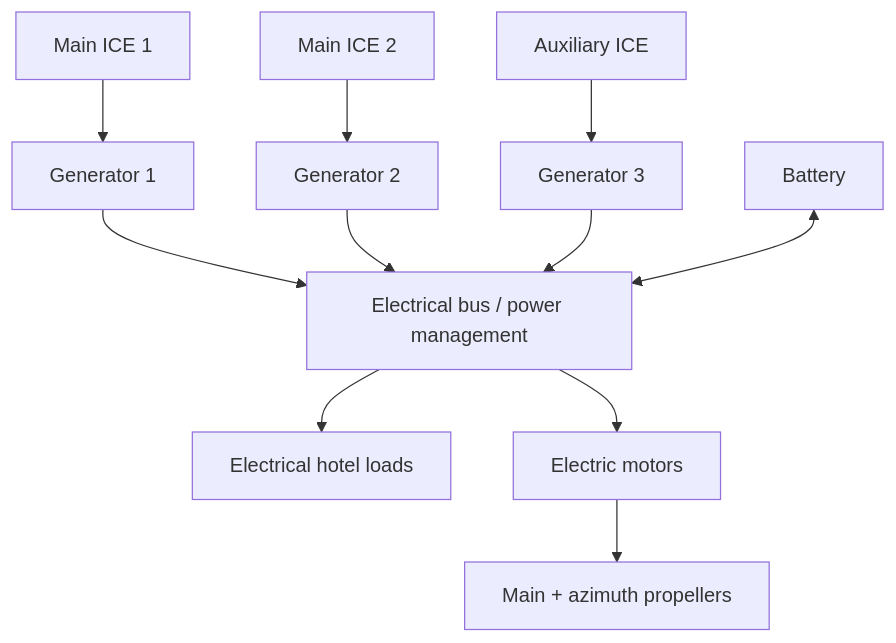
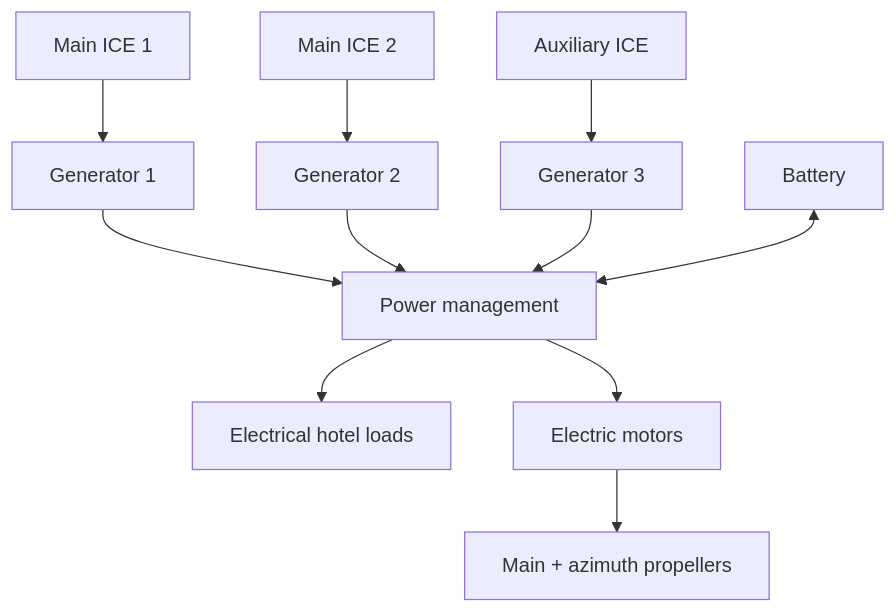
One commit to AsteriosPapanikolaou/hybrid-offshore-vessel-energy-analysis changed the diagram in README.md. Above: the diagram before and after it, drawn with Mermaid. The commit also changed other lines of this file, not shown here.

````diff
--- a/README.md
+++ b/README.md
@@ -9,13 +11,13 @@
 ```mermaid
 flowchart TD
     E1[Main ICE 1] --> G1[Generator 1]
     E2[Main ICE 2] --> G2[Generator 2]
     E3[Auxiliary ICE] --> G3[Generator 3]
-    G1 --> P[Electrical bus / power management]
+    G1 --> P[Power management]
     G2 --> P
     G3 --> P
     B[Battery] <--> P
     P --> L[Electrical hotel loads]
     P --> M[Electric motors]
     M --> PR[Main + azimuth propellers]
 ```
````
